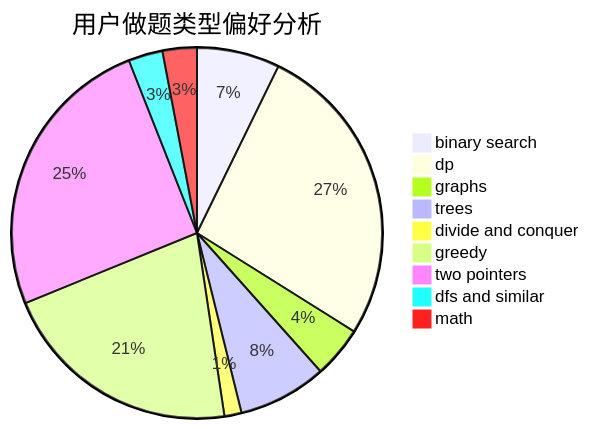
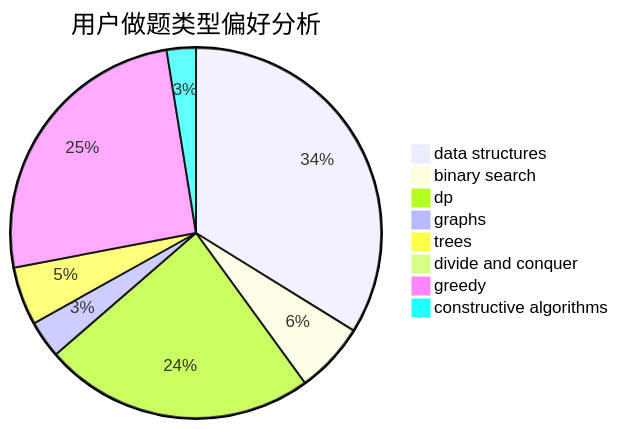
One commit to sherpahu/cfrs.github.io changed the second of 3 diagrams in docs/user/u1375.md. Above: the diagram before and after it, drawn with Mermaid. The commit also changed other lines of this file and 2775 other files, not shown here.

````diff
--- a/docs/user/u1375.md
+++ b/docs/user/u1375.md
@@ -23,12 +23,11 @@
 ```mermaid
 pie title 用户做题类型偏好分析
-    "binary search" :  29
-    "dp" :  107
-    "graphs" :  18
-    "trees" :  31
-    "divide and conquer" :  6
-    "greedy" :  85
-    "two pointers" :  101
-    "dfs and similar" :  12
-    "math" :  12
+    "data structures" :  93
+    "binary search" :  17
+    "dp" :  65
+    "graphs" :  9
+    "trees" :  14
+    "divide and conquer" :  0
+    "greedy" :  70
+    "constructive algorithms" :  7
 ```
````
